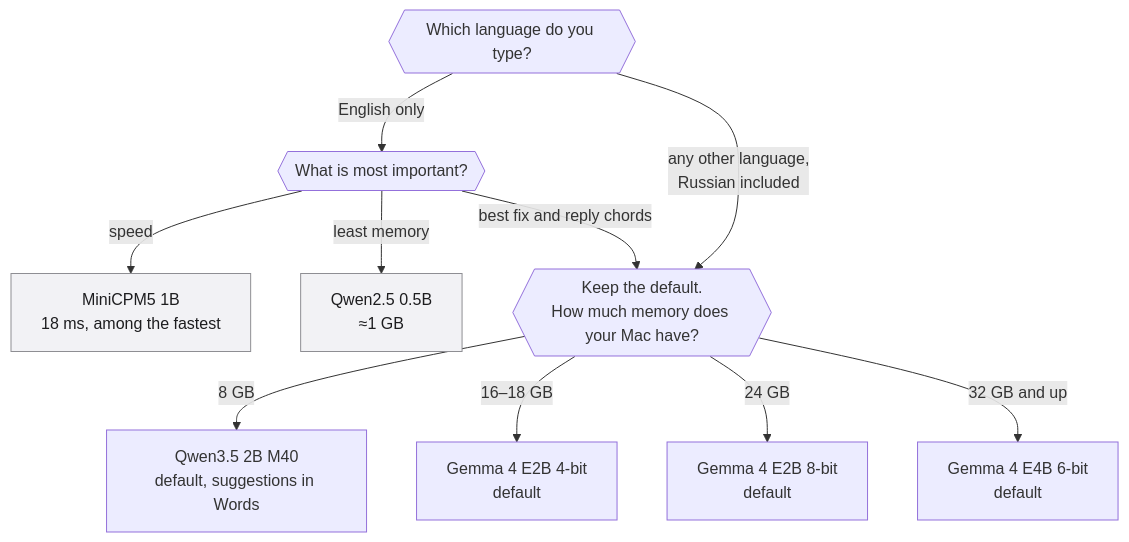
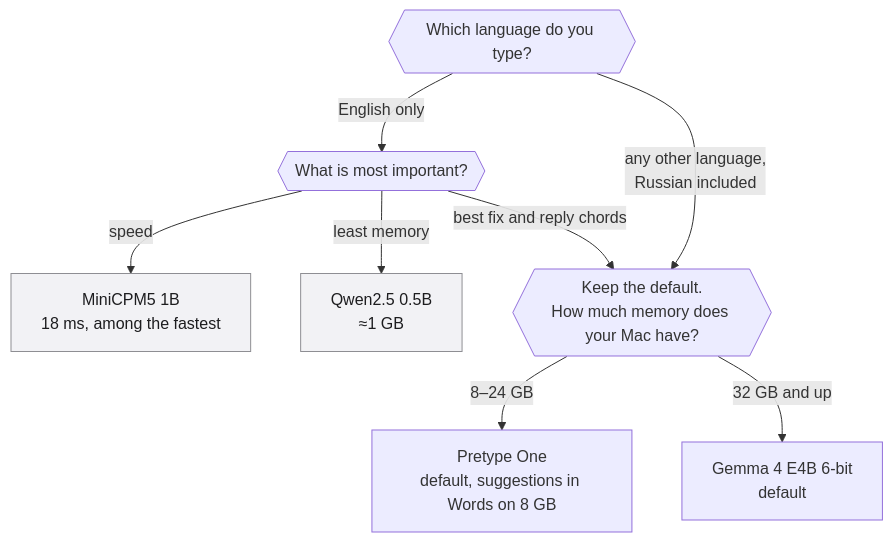
One commit to nikiomori/Pretype changed the diagram in docs/diagrams/models-choose.mmd. Above: the diagram before and after it, drawn with Mermaid. The commit also changed 6 other files, not shown here.

Commit message:
docs(models): the default below 32 GB is Pretype One

```diff
--- a/docs/diagrams/models-choose.mmd
+++ b/docs/diagrams/models-choose.mmd
@@ -1,15 +1,13 @@
 %% Which model to pick: language first, then memory. The default already
 %% follows the memory ladder, so most paths end at the default.
 flowchart TB
   lang{{"Which language do you type?"}}
   lang -- "English only" --> want{{"What is most important?"}}
   want -- "speed" --> mini["MiniCPM5 1B<br/>18 ms, among the fastest"]
   want -- "least memory" --> q05["Qwen2.5 0.5B<br/>≈1 GB"]
   want -- "best fix and reply chords" --> ram
   lang -- "any other language,<br/>Russian included" --> ram{{"Keep the default.<br/>How much memory does your Mac have?"}}
-  ram -- "8 GB" --> q35["Qwen3.5 2B M40<br/>default, suggestions in Words"]
-  ram -- "16–18 GB" --> e2b4["Gemma 4 E2B 4-bit<br/>default"]
-  ram -- "24 GB" --> e2b8["Gemma 4 E2B 8-bit<br/>default"]
+  ram -- "8–24 GB" --> one["Pretype One<br/>default, suggestions in Words on 8 GB"]
   ram -- "32 GB and up" --> e4b6["Gemma 4 E4B 6-bit<br/>default"]
   classDef manual fill:#f2f2f5,stroke:#8e8e93,color:#1d1d1f
   class mini,q05 manual
```
